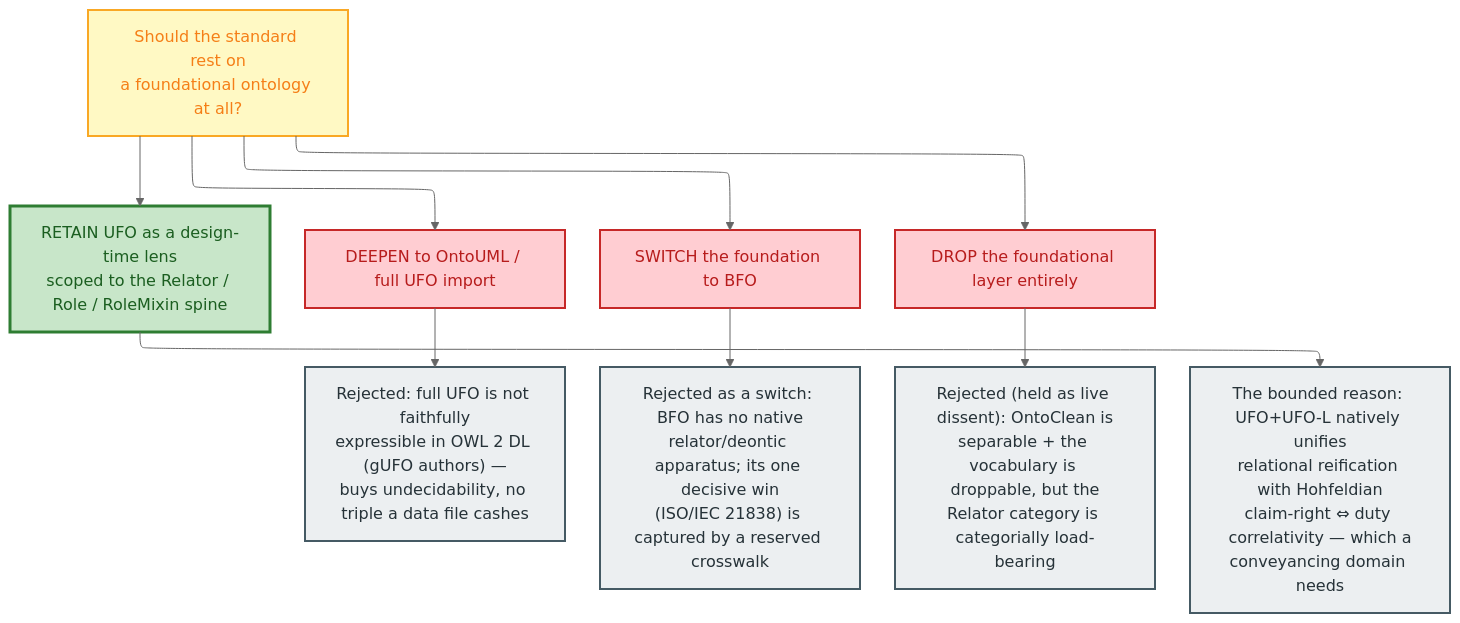
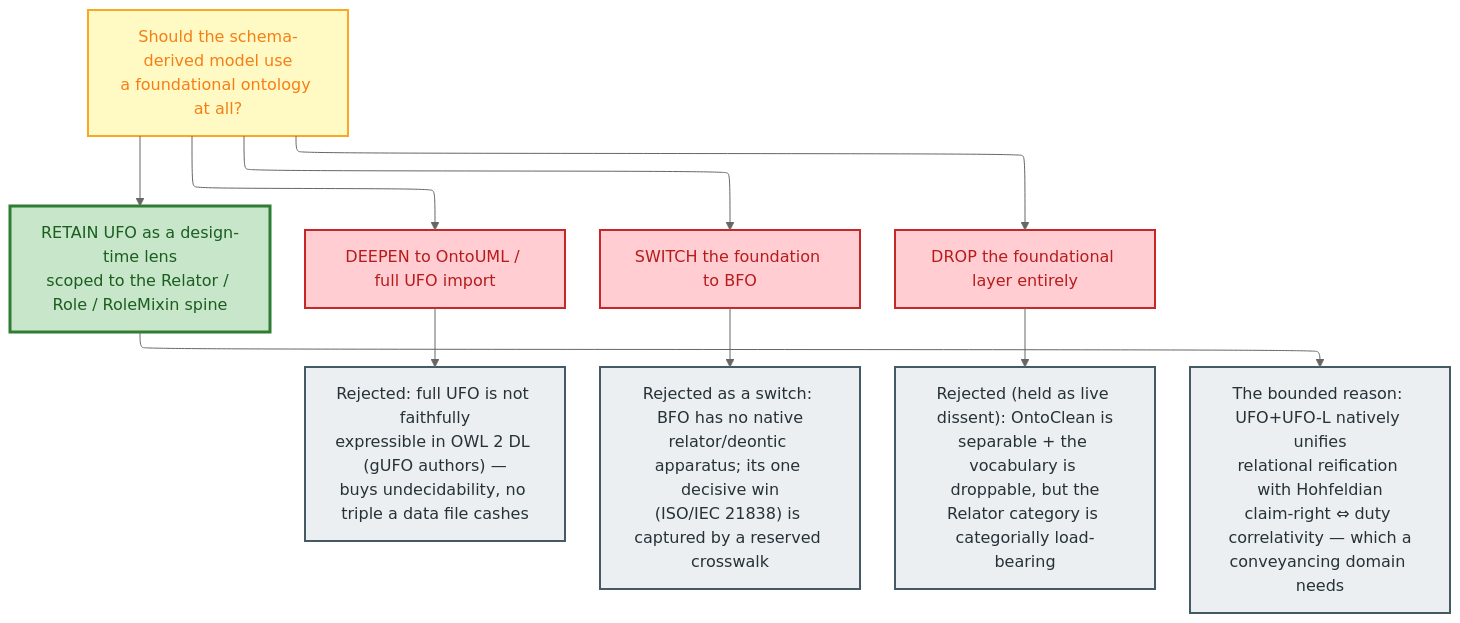
The first of 7 diagrams in docs/modelling-frameworks-and-upper-ontologies.md (sparkling/opda), drawn with Mermaid (neutral theme) before and after one commit. The commit also changed other lines of this file and 559 other files, not shown here.

Commit message:
feat(ia): adopt schema-to-scheme naming and routes

````diff
--- a/docs/modelling-frameworks-and-upper-ontologies.md
+++ b/docs/modelling-frameworks-and-upper-ontologies.md
@@ -13,26 +13,26 @@
 ```mermaid
 ---
 config:
   layout: elk
 ---
 flowchart TB
     accTitle: OPDA's foundational-ontology decision
     accDescr: The four options OPDA weighed — retain UFO as a lens, deepen to OntoUML, switch to BFO, or drop the foundational layer — and why retain-as-lens was chosen, scoped to the Relator/Role/RoleMixin spine.
 
     classDef chosen fill:#C8E6C9,stroke:#2E7D32,stroke-width:3px,color:#1B5E20
     classDef rejected fill:#FFCDD2,stroke:#C62828,stroke-width:2px,color:#B71C1C
     classDef q fill:#FFF9C4,stroke:#F9A825,stroke-width:2px,color:#F57F17
     classDef note fill:#ECEFF1,stroke:#455A64,stroke-width:2px,color:#263238
 
-    Q["Should the standard rest on<br/>a foundational ontology at all?"]:::q
+    Q["Should the schema-derived model use<br/>a foundational ontology at all?"]:::q
 
     Q --> A["RETAIN UFO as a design-time lens<br/>scoped to the Relator / Role / RoleMixin spine"]:::chosen
     Q --> B["DEEPEN to OntoUML / full UFO import"]:::rejected
     Q --> C["SWITCH the foundation to BFO"]:::rejected
     Q --> D["DROP the foundational layer entirely"]:::rejected
 
     B --> BR["Rejected: full UFO is not faithfully<br/>expressible in OWL 2 DL (gUFO authors) —<br/>buys undecidability, no triple a data file cashes"]:::note
     C --> CR["Rejected as a switch: BFO has no native<br/>relator/deontic apparatus; its one decisive win<br/>(ISO/IEC 21838) is captured by a reserved crosswalk"]:::note
     D --> DR["Rejected (held as live dissent): OntoClean is<br/>separable + the vocabulary is droppable, but the<br/>Relator category is categorially load-bearing"]:::note
     A --> AR["The bounded reason: UFO+UFO-L natively unifies<br/>relational reification with Hohfeldian<br/>claim-right ⇔ duty correlativity — which a<br/>conveyancing domain needs"]:::note
 ```
````
